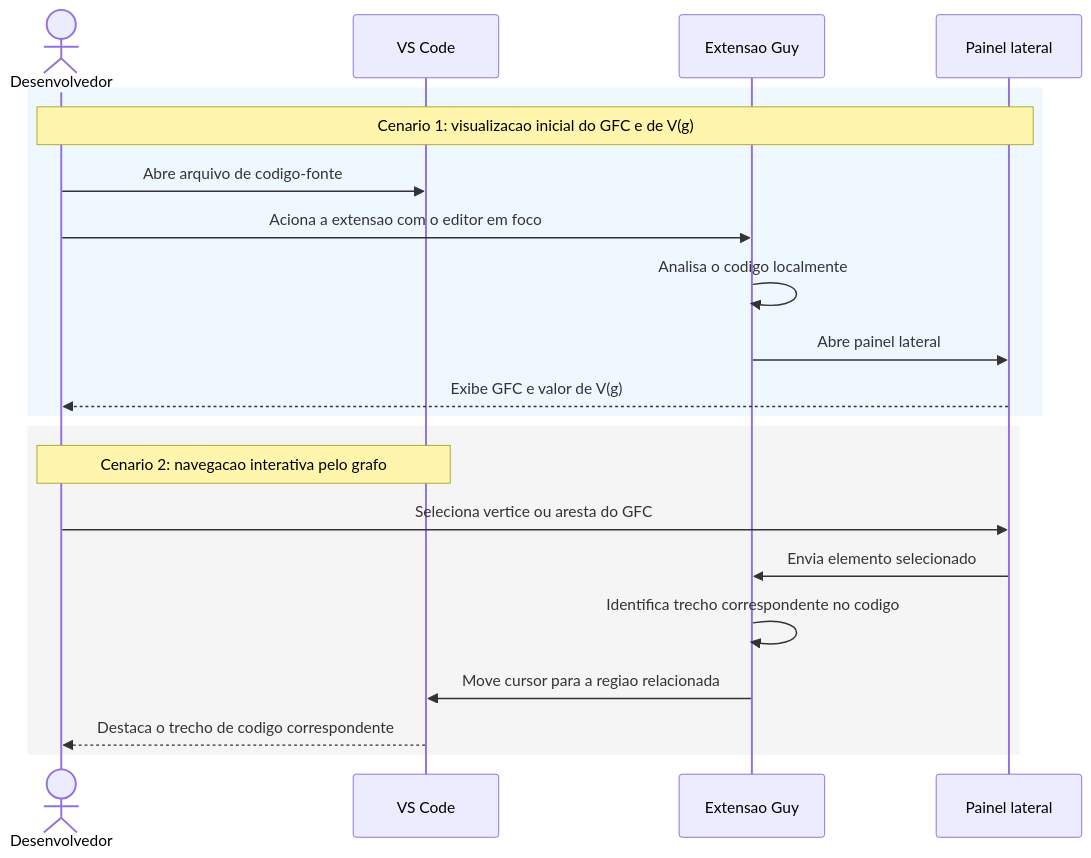
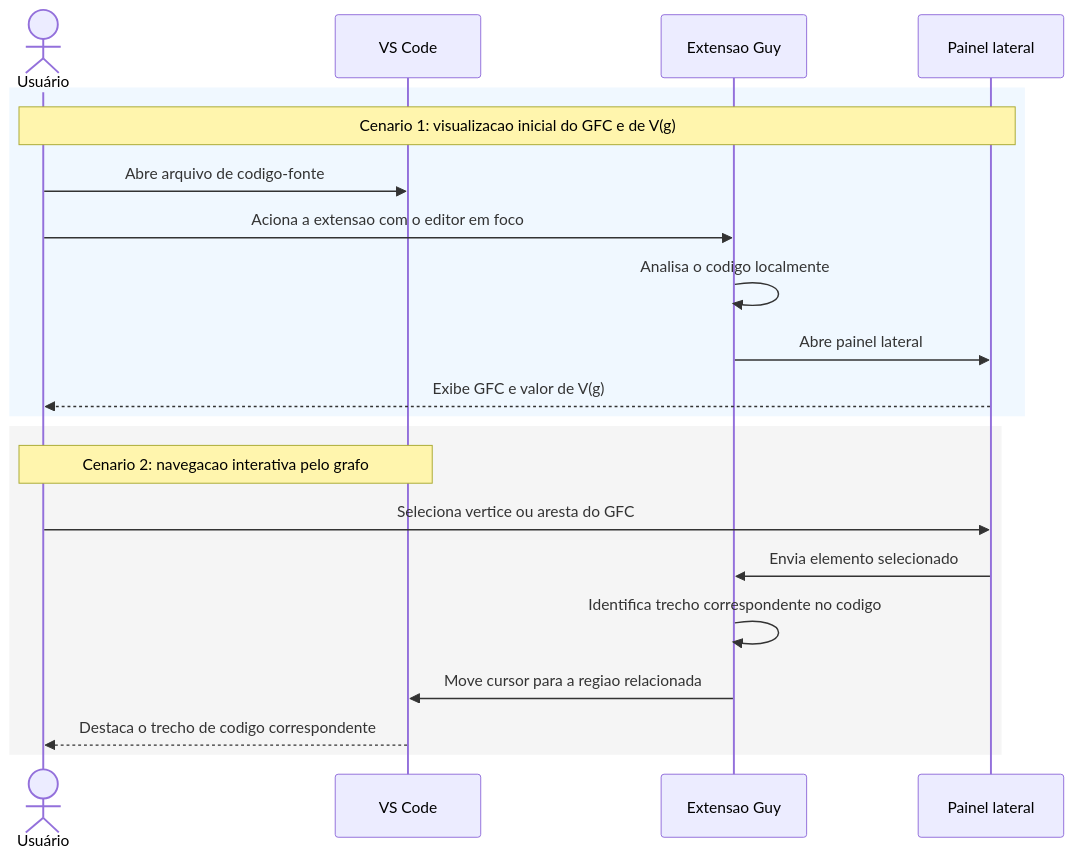
One commit to gm64x/guy-tex changed the diagram in imagens/diagramas/diagrama_cenarios_guy.mmd. Above: the diagram before and after it, drawn with Mermaid. The commit also changed 4 other files, not shown here.

```diff
--- a/imagens/diagramas/diagrama_cenarios_guy.mmd
+++ b/imagens/diagramas/diagrama_cenarios_guy.mmd
@@ -1,23 +1,23 @@
 sequenceDiagram
-    actor Usuario as Desenvolvedor
+    actor Usuario as Usuário
     participant Editor as VS Code
     participant Extensao as Extensao Guy
     participant Painel as Painel lateral
 
     rect rgb(240, 248, 255)
         Note over Usuario,Painel: Cenario 1: visualizacao inicial do GFC e de V(g)
         Usuario->>Editor: Abre arquivo de codigo-fonte
         Usuario->>Extensao: Aciona a extensao com o editor em foco
         Extensao->>Extensao: Analisa o codigo localmente
         Extensao->>Painel: Abre painel lateral
         Painel-->>Usuario: Exibe GFC e valor de V(g)
     end
 
     rect rgb(245, 245, 245)
         Note over Usuario,Editor: Cenario 2: navegacao interativa pelo grafo
         Usuario->>Painel: Seleciona vertice ou aresta do GFC
         Painel->>Extensao: Envia elemento selecionado
         Extensao->>Extensao: Identifica trecho correspondente no codigo
         Extensao->>Editor: Move cursor para a regiao relacionada
         Editor-->>Usuario: Destaca o trecho de codigo correspondente
     end
```
